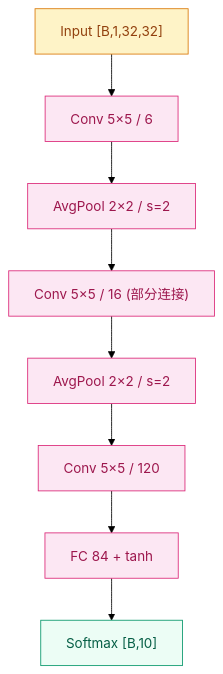
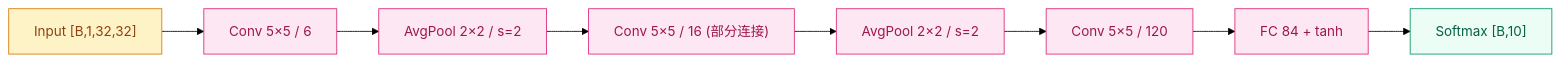
The diagram in 01-cnn/01-lenet.md (zkywsg/Daily-LLM), drawn with Mermaid (forest theme) before and after one commit. The commit also changed 7 other files, not shown here.

First line of the commit message:
refactor(01-cnn): 线性流水线 mermaid 改为 graph LR

````diff
--- a/01-cnn/01-lenet.md
+++ b/01-cnn/01-lenet.md
@@ -23,17 +23,17 @@
 ```mermaid
-graph TD
+graph LR
     x["Input [B,1,32,32]"]:::input
     c1["Conv 5×5 / 6"]:::compute
     s2["AvgPool 2×2 / s=2"]:::compute
     c3["Conv 5×5 / 16 (部分连接)"]:::compute
     s4["AvgPool 2×2 / s=2"]:::compute
     c5["Conv 5×5 / 120"]:::compute
     f6["FC 84 + tanh"]:::compute
     y["Softmax [B,10]"]:::output
 
     x --> c1 --> s2 --> c3 --> s4 --> c5 --> f6 --> y
 
     classDef input fill:#fef3c7,stroke:#d97706,color:#92400e;
     classDef compute fill:#fce7f3,stroke:#db2777,color:#9d174d;
     classDef output fill:#ecfdf5,stroke:#059669,color:#065f46;
 ```
````
